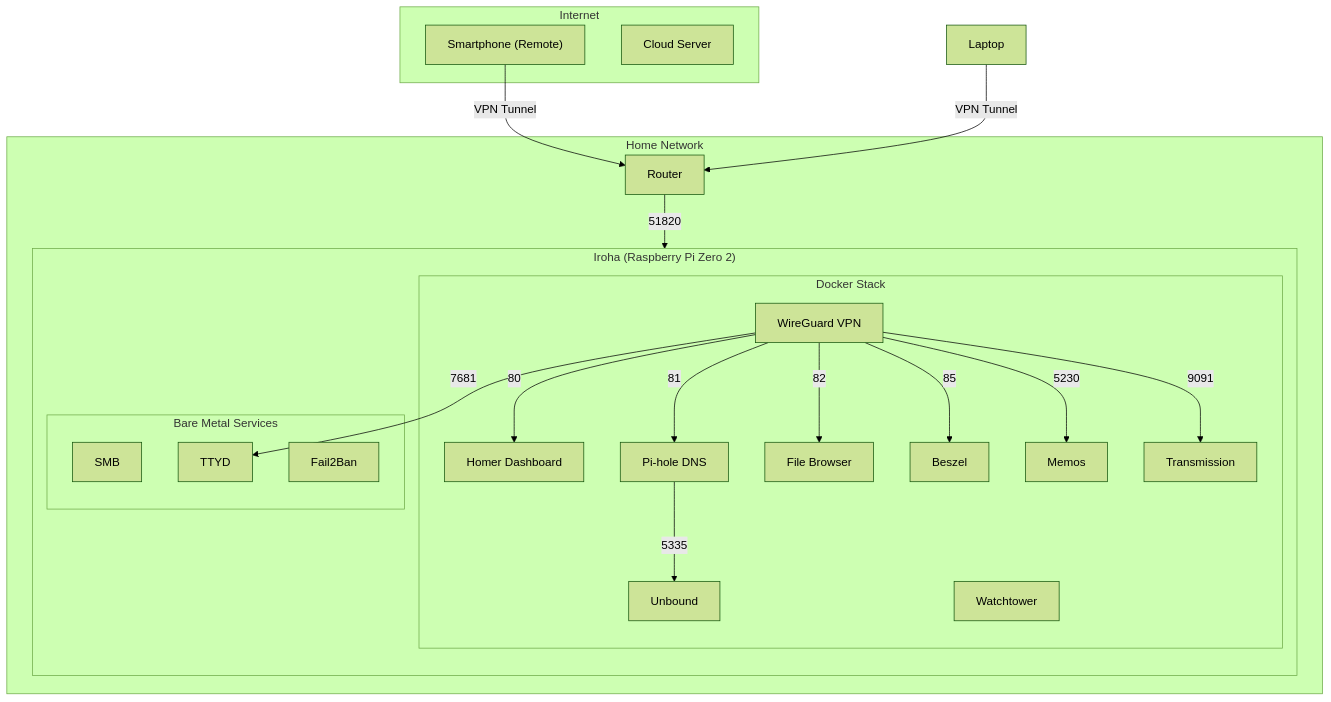
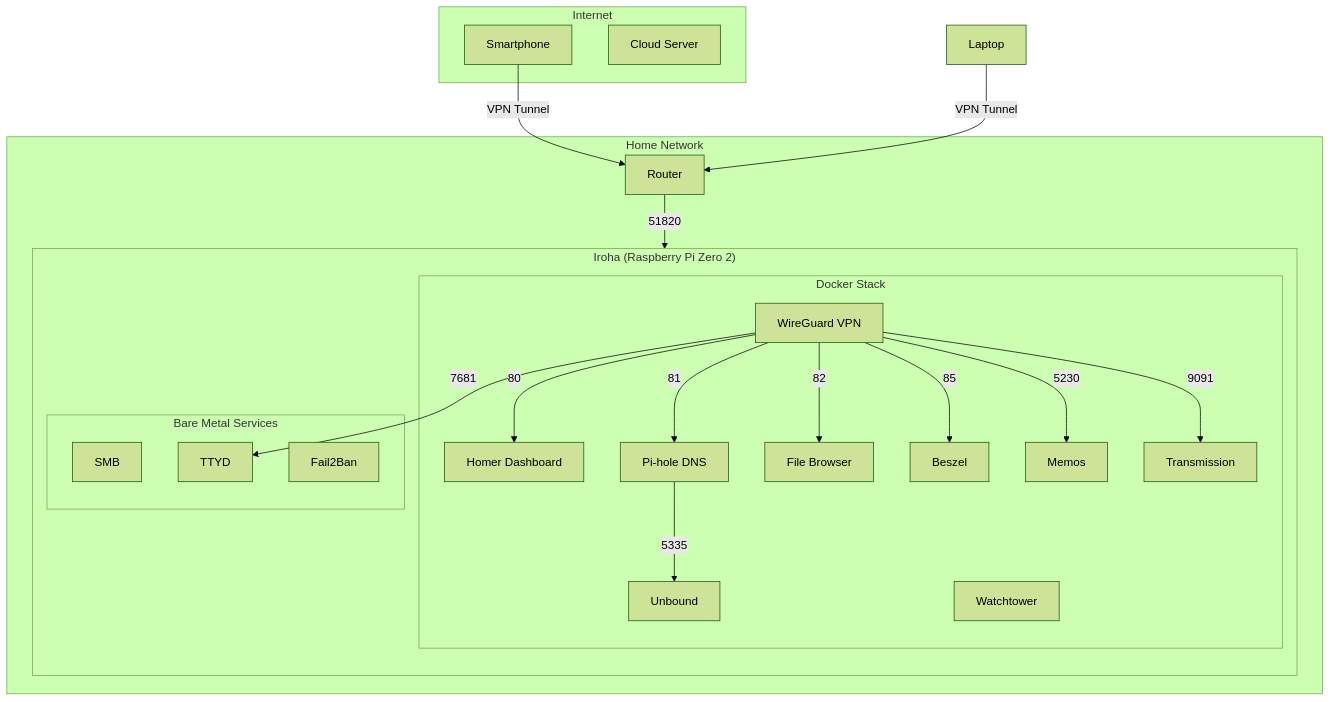
The diagram in README.md (NishiyaKN/rpi), drawn with Mermaid (forest theme) before and after one commit. The commit also changed 1 other file, not shown here.

Commit message:
Backup: 2026-01-02 16:54:08

````diff
--- a/README.md
+++ b/README.md
@@ -22,49 +22,49 @@
 ```mermaid
 ---
 config:
   layout: dagre
 ---
 flowchart TB
  subgraph Internet["Internet"]
-        Phone["Smartphone (Remote)"]
+        Phone["Smartphone"]
         Cloud["Cloud Server"]
   end
  subgraph subGraph1["Docker Stack"]
         WG["WireGuard VPN"]
         HM["Homer Dashboard"]
         PH["️Pi-hole DNS"]
         UN["Unbound"]
         FB["File Browser"]
         TR["Transmission"]
         WT["Watchtower"]
         MM["Memos"]
         BZ["Beszel"]
 
   end
  subgraph subGraph2["Bare Metal Services"]
         SMB["SMB"]
         TTYD["TTYD"]
         F2B["Fail2Ban"]
   end
  subgraph subGraph3["Iroha (Raspberry Pi Zero 2)"]
     direction TB
         subGraph1
         subGraph2
   end
  subgraph subGraph4["Home Network"]
         Router["Router"]
         subGraph3
   end
     Phone -- VPN Tunnel --> Router
     Laptop -- VPN Tunnel --> Router
     Router -- 51820 --> WG
     WG -- 80 --> HM
     WG -- 81 --> PH
     PH -- 5335 --> UN
     WG -- 82 --> FB
     WG -- 85 --> BZ
     WG -- 5230 --> MM
     WG -- 9091 --> TR
     WG -- 7681 --> TTYD
 
 ```
````
